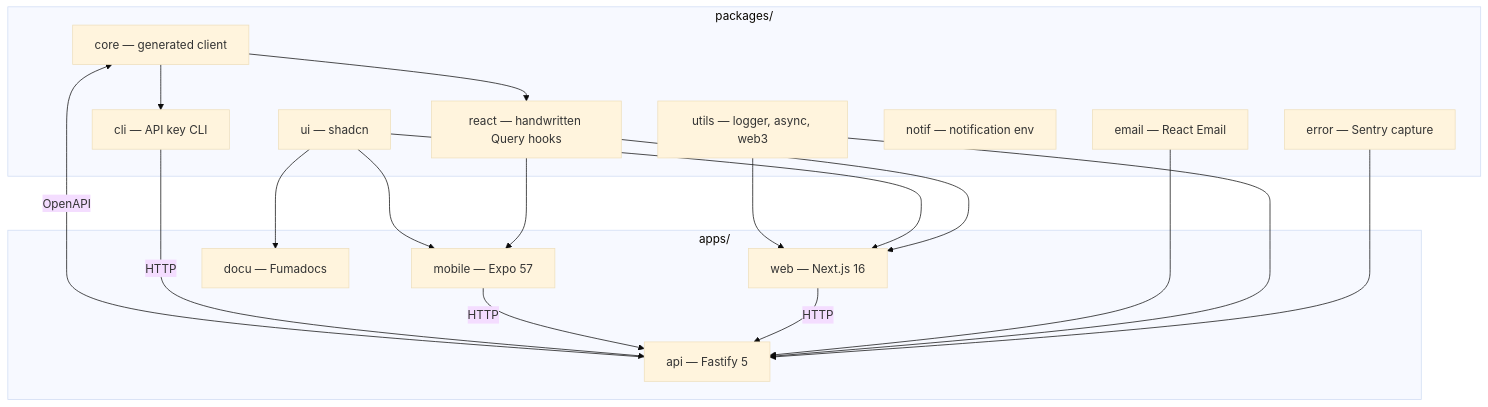
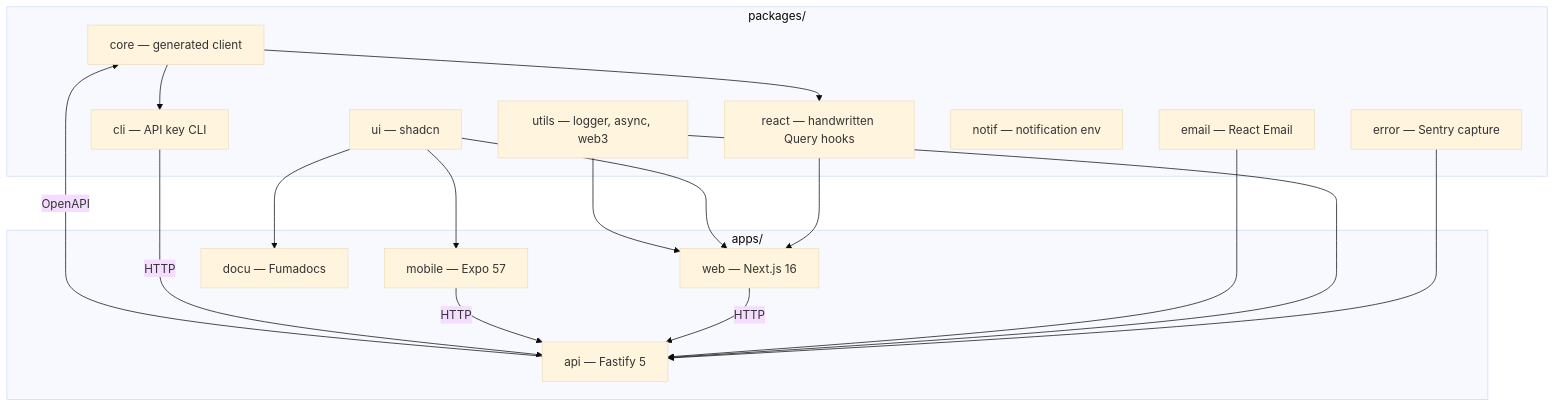
The diagram in apps/docu/content/docs/architecture/monorepo.mdx (blockmatic/basilic), drawn with Mermaid (base theme) before and after one commit. The commit also changed other lines of this file and 50 other files, not shown here.

````diff
--- a/apps/docu/content/docs/architecture/monorepo.mdx
+++ b/apps/docu/content/docs/architecture/monorepo.mdx
@@ -8,36 +8,35 @@
 ```mermaid
 flowchart TB
   subgraph Packages["packages/"]
     Core["core — generated client"]
     React["react — handwritten Query hooks"]
     UI["ui — shadcn"]
     Error["error — Sentry capture"]
     Utils["utils — logger, async, web3"]
     Email["email — React Email"]
     Notif["notif — notification env"]
     Cli["cli — API key CLI"]
   end
 
   subgraph Apps["apps/"]
     API["api — Fastify 5"]
     Web["web — Next.js 16"]
     Mobile["mobile — Expo 57"]
     Docu["docu — Fumadocs"]
   end
 
   API -->|OpenAPI| Core
   Core --> React
   Core --> Cli
   React --> Web
-  React --> Mobile
   UI --> Web
   UI --> Mobile
   UI --> Docu
   Error --> API
   Utils --> API
   Utils --> Web
   Email --> API
   Web -->|HTTP| API
   Mobile -->|HTTP| API
   Cli -->|HTTP| API
 ```
````
